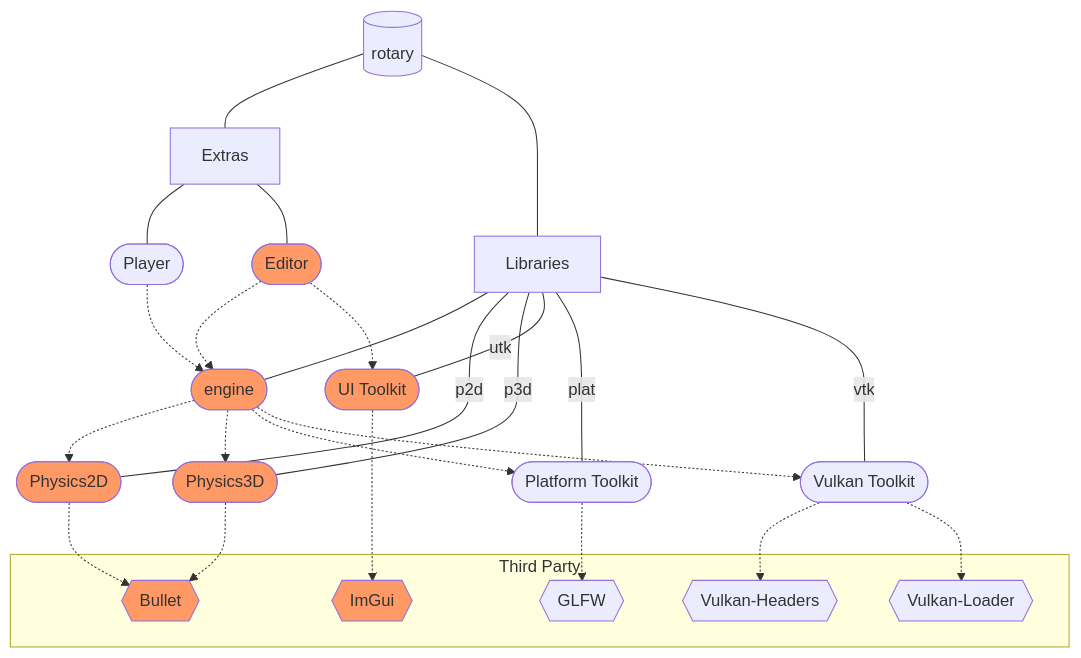
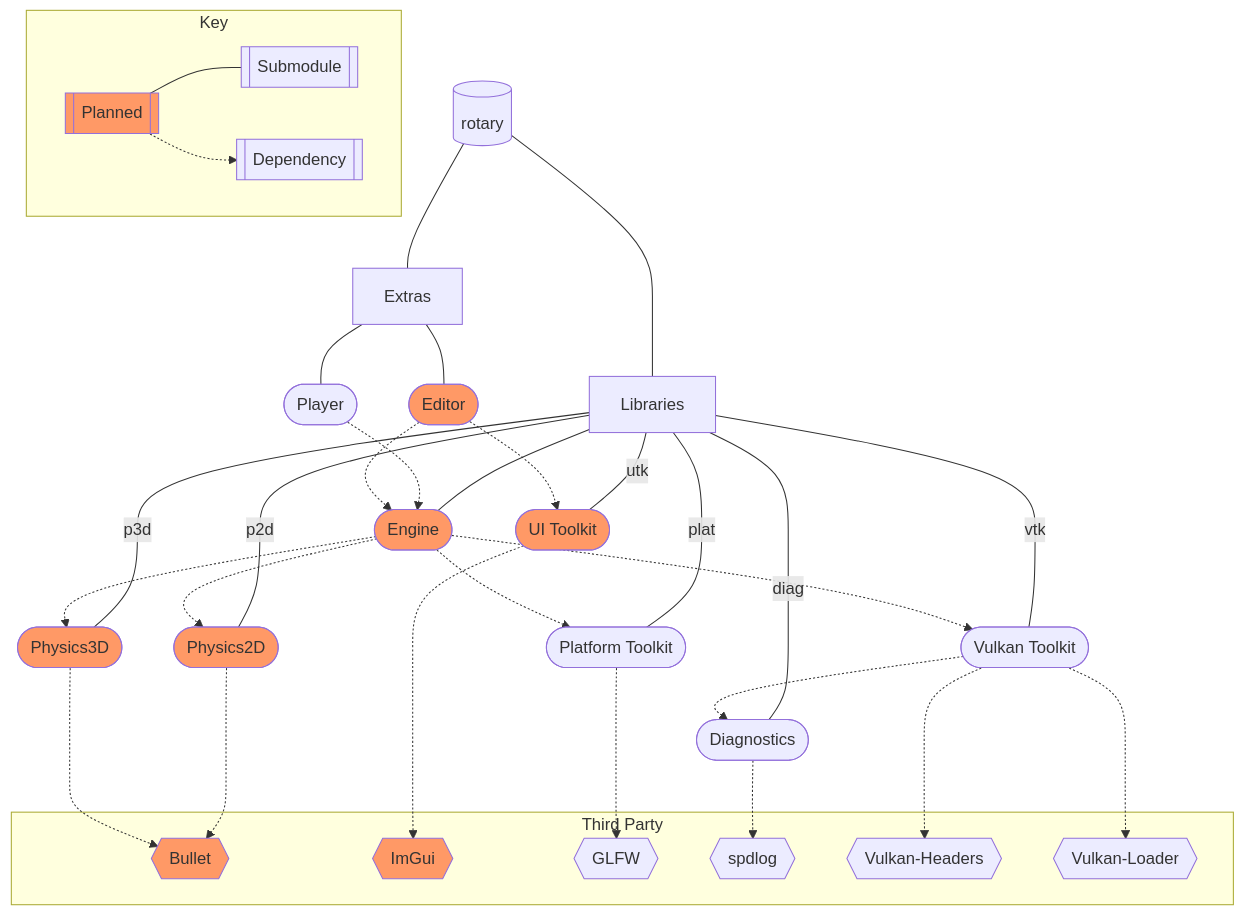
Before and after one commit to Tetrago/rotary: the diagram in docs/docs/project-structure.md, drawn with Mermaid. The commit also changed 1 other file, not shown here.

Commit message:
Addition documentation
Added to the project structure page in the docs.

Fixed the "Edit this page" Urls.

````diff
--- a/docs/docs/project-structure.md
+++ b/docs/docs/project-structure.md
@@ -7,59 +7,75 @@
 ```mermaid
 flowchart TD
     rotary[(rotary)]
 
     extras[Extras]
     player([Player])
     editor([Editor])
 
     libs[Libraries]
-    engine([engine])
+    diag([Diagnostics])
+    engine([Engine])
     p2d([Physics2D])
     p3d([Physics3D])
     plat([Platform Toolkit])
     utk([UI Toolkit])
     vtk([Vulkan Toolkit])
 
     subgraph "Third Party"
         bullet{{Bullet}}
         imgui{{ImGui}}
         glfw{{GLFW}}
+        spdlog{{spdlog}}
         vulkan_headers{{Vulkan-Headers}}
         vulkan_loader{{Vulkan-Loader}}
     end
 
     rotary --- extras & libs
     extras --- player & editor
     libs --- engine
+    libs -- diag --- diag
     libs -- p2d --- p2d
     libs -- p3d --- p3d
     libs -- utk --- utk
     libs -- plat --- plat
     libs -- vtk --- vtk
 
     player -.-> engine
     editor -.-> engine & utk
 
+    diag -.-> spdlog
     engine -.-> p2d & p3d & plat & vtk
     p2d -.-> bullet
     p3d -.-> bullet
     plat -.-> glfw
     utk -.-> imgui
-    vtk -.-> vulkan_headers & vulkan_loader
+    vtk -.-> diag & vulkan_headers & vulkan_loader
 
     click bullet "https://github.com/bulletphysics/bullet3" _blank
     click imgui "https://github.com/ocornut/imgui" _blank
     click glfw "https://www.glfw.org/" _blank
+    click spdlog "https://github.com/gabime/spdlog" _blank
     click vulkan_headers "https://github.com/KhronosGroup/Vulkan-Headers" _blank
     click vulkan_loader "https://github.com/KhronosGroup/Vulkan-Loader" _blank
 
     style editor fill:#f96
 
     style engine fill:#f96
     style p2d fill:#f96
     style p3d fill:#f96
     style utk fill:#f96
 
     style bullet fill:#f96
     style imgui fill:#f96
+
+    planned[[Planned]]
+    dependency[[Dependency]]
+    submodule[[Submodule]]
+
+    subgraph "Key"
+        planned --- submodule
+        planned -.-> dependency
+    end
+
+    style planned fill:#f96
 ```
````
